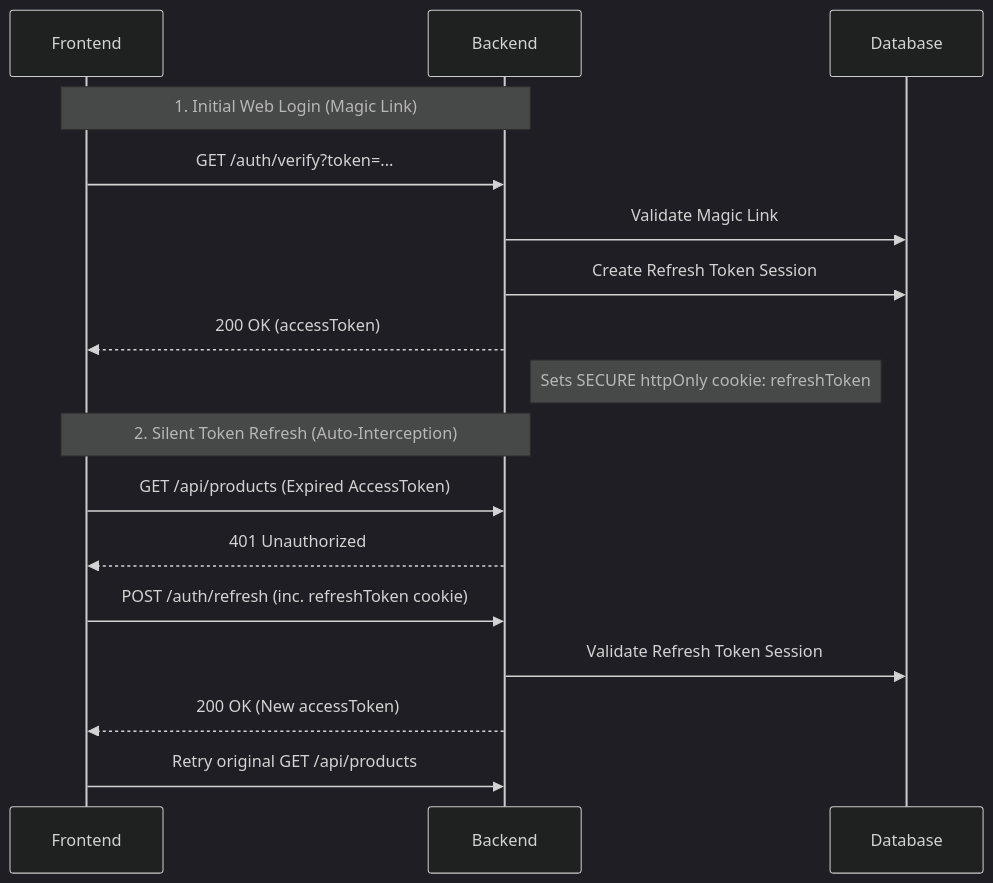
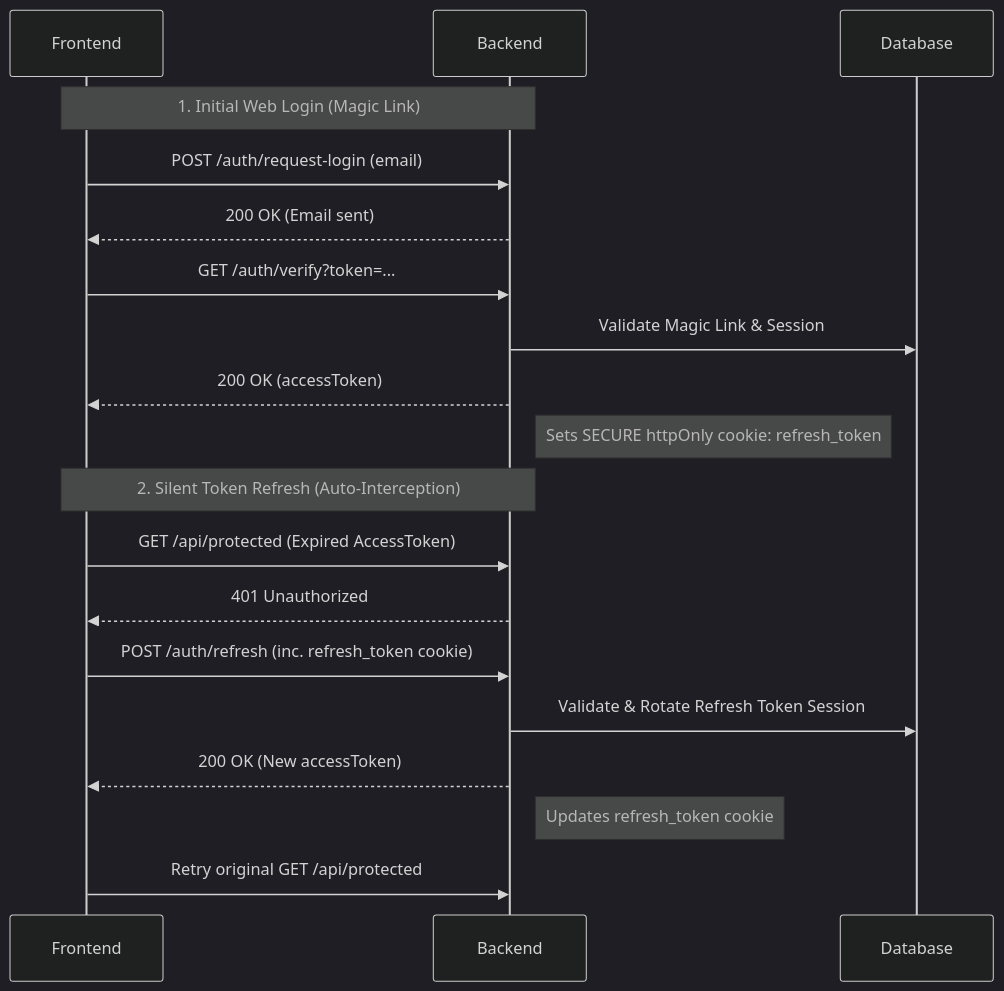
One commit to mamuncloud/pns-server changed the diagram in README.md. Above: the diagram before and after it, drawn with Mermaid (dark theme). The commit also changed other lines of this file, not shown here.

Commit message:
docs(config): update README.md to reflect NestJS architecture

````diff
--- a/README.md
+++ b/README.md
@@ -51,21 +57,23 @@
 ```mermaid
 sequenceDiagram
     participant Frontend
     participant Backend
     participant Database
 
     Note over Frontend, Backend: 1. Initial Web Login (Magic Link)
+    Frontend->>Backend: POST /auth/request-login (email)
+    Backend-->>Frontend: 200 OK (Email sent)
     Frontend->>Backend: GET /auth/verify?token=...
-    Backend->>Database: Validate Magic Link
-    Backend->>Database: Create Refresh Token Session
+    Backend->>Database: Validate Magic Link & Session
     Backend-->>Frontend: 200 OK (accessToken)
-    Note right of Backend: Sets SECURE httpOnly cookie: refreshToken
+    Note right of Backend: Sets SECURE httpOnly cookie: refresh_token
 
     Note over Frontend, Backend: 2. Silent Token Refresh (Auto-Interception)
-    Frontend->>Backend: GET /api/products (Expired AccessToken)
+    Frontend->>Backend: GET /api/protected (Expired AccessToken)
     Backend-->>Frontend: 401 Unauthorized
-    Frontend->>Backend: POST /auth/refresh (inc. refreshToken cookie)
-    Backend->>Database: Validate Refresh Token Session
+    Frontend->>Backend: POST /auth/refresh (inc. refresh_token cookie)
+    Backend->>Database: Validate & Rotate Refresh Token Session
     Backend-->>Frontend: 200 OK (New accessToken)
-    Frontend->>Backend: Retry original GET /api/products
+    Note right of Backend: Updates refresh_token cookie
+    Frontend->>Backend: Retry original GET /api/protected
 ```
````
